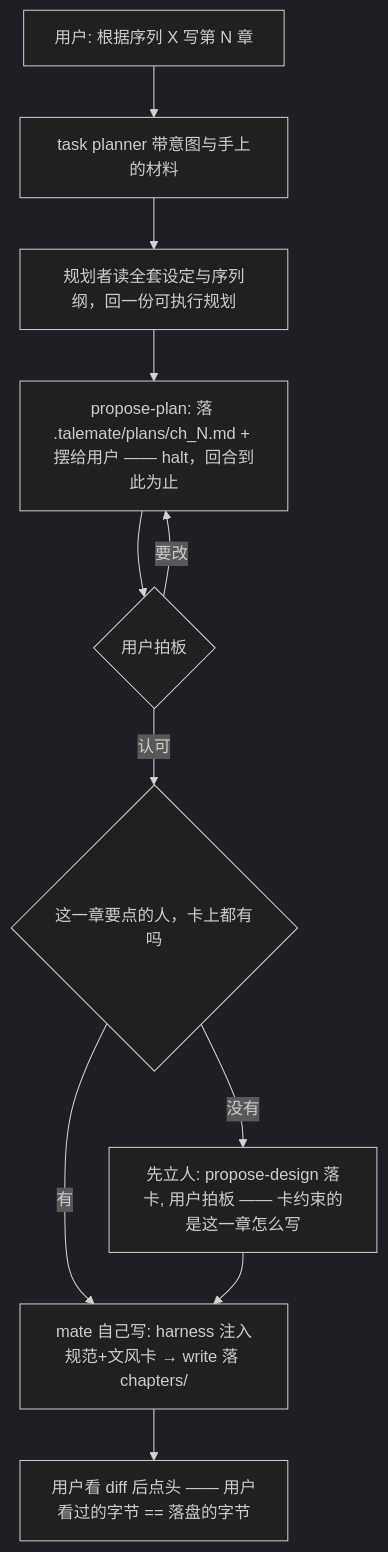
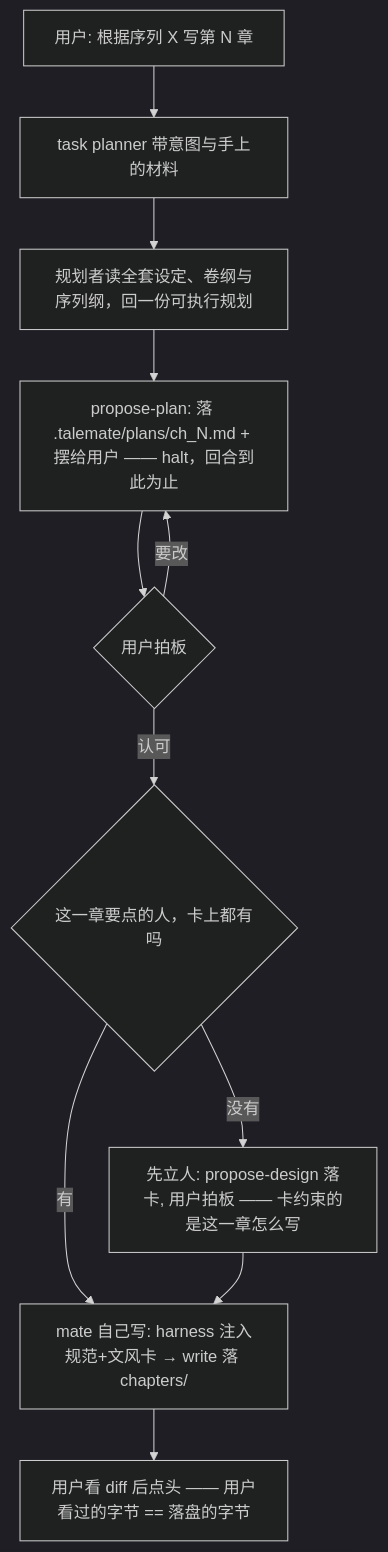
The diagram in docs/design-docs.md (Sunshine334419520/talemate), drawn with Mermaid (dark theme) before and after one commit. The commit also changed other lines of this file and 21 other files, not shown here.

Commit message:
Update architecture and chapter planning documentation

````diff
--- a/docs/design-docs.md
+++ b/docs/design-docs.md
@@ -91,13 +91,13 @@
 ```mermaid
 flowchart TD
     W[用户: 根据序列 X 写第 N 章] --> W1[task planner 带意图与手上的材料]
-    W1 --> W2[规划者读全套设定与序列纲，回一份可执行规划]
+    W1 --> W2[规划者读全套设定、卷纲与序列纲，回一份可执行规划]
     W2 --> W3[propose-plan: 落 .talemate/plans/ch_N.md + 摆给用户 —— halt，回合到此为止]
     W3 --> W4{用户拍板}
     W4 -- 要改 --> W3
     W4 -- 认可 --> W4B{这一章要点的人，卡上都有吗}
     W4B -- 有 --> W5[mate 自己写: harness 注入规范+文风卡 → write 落 chapters/]
     W4B -- 没有 --> W4C[先立人: propose-design 落卡, 用户拍板 —— 卡约束的是这一章怎么写]
     W4C --> W5
     W5 --> W6[用户看 diff 后点头 —— 用户看过的字节 == 落盘的字节]
 ```
````
